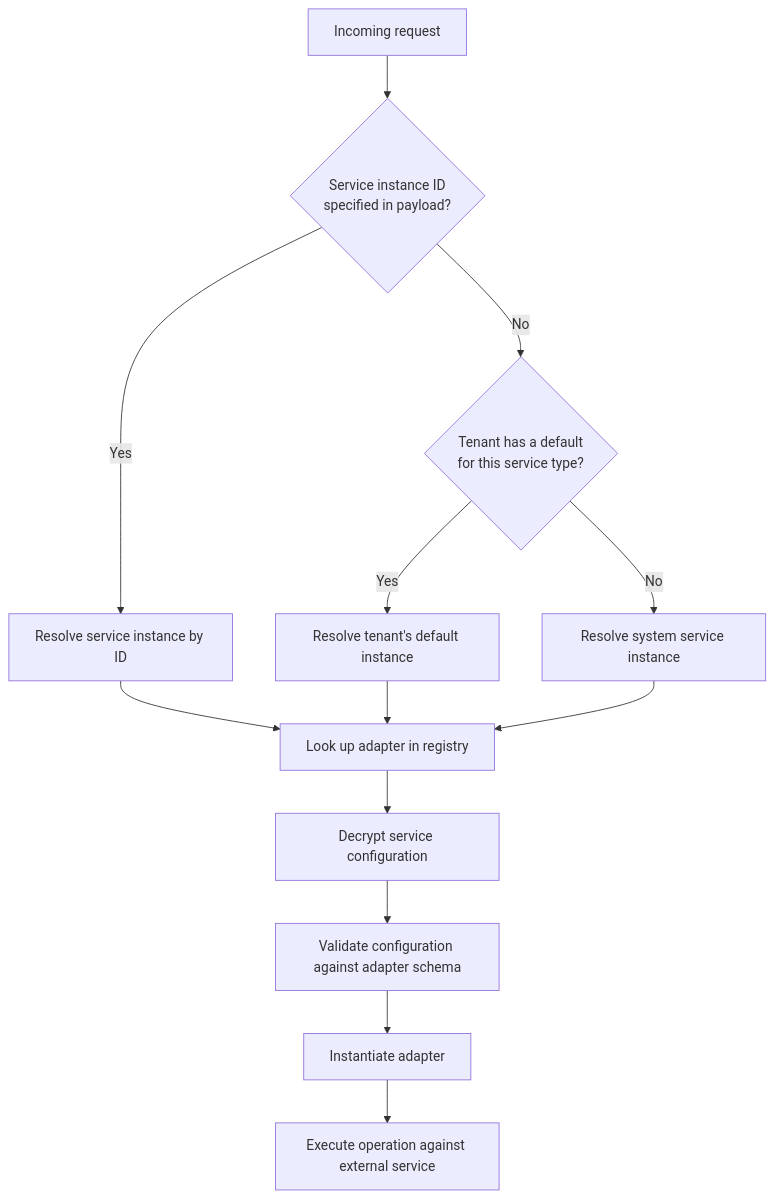
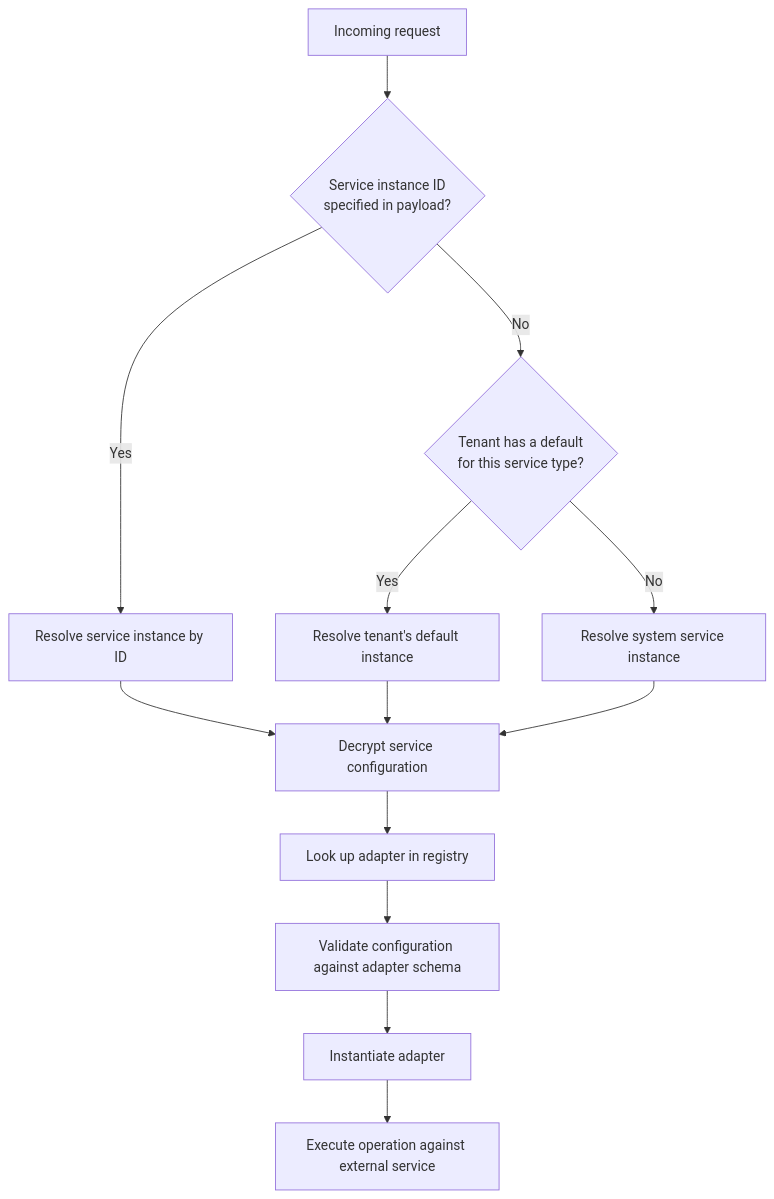
One commit to uncefact/tests-untp changed the diagram in documentation/docs/reference-implementation/services/service-architecture.md. Above: the diagram before and after it, drawn with Mermaid. The commit also changed other lines of this file and 57 other files, not shown here.

````diff
--- a/documentation/docs/reference-implementation/services/service-architecture.md
+++ b/documentation/docs/reference-implementation/services/service-architecture.md
@@ -38,15 +38,15 @@
 ```mermaid
 flowchart TD
     Request["Incoming request"] --> Specified{"Service instance ID\nspecified in payload?"}
     Specified -->|Yes| ResolveID["Resolve service instance by ID"]
     Specified -->|No| TenantDefault{"Tenant has a default\nfor this service type?"}
     TenantDefault -->|Yes| UseTenant["Resolve tenant's default instance"]
     TenantDefault -->|No| UseSystem["Resolve system service instance"]
-    ResolveID --> Lookup["Look up adapter in registry"]
-    UseTenant --> Lookup
-    UseSystem --> Lookup
-    Lookup --> Decrypt["Decrypt service configuration"]
-    Decrypt --> Validate["Validate configuration against adapter schema"]
+    ResolveID --> Decrypt["Decrypt service configuration"]
+    UseTenant --> Decrypt
+    UseSystem --> Decrypt
+    Decrypt --> Lookup["Look up adapter in registry"]
+    Lookup --> Validate["Validate configuration against adapter schema"]
     Validate --> Instantiate["Instantiate adapter"]
     Instantiate --> Execute["Execute operation against external service"]
 ```
````
